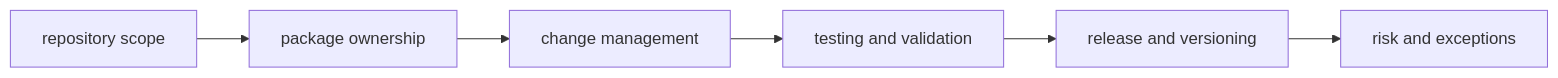
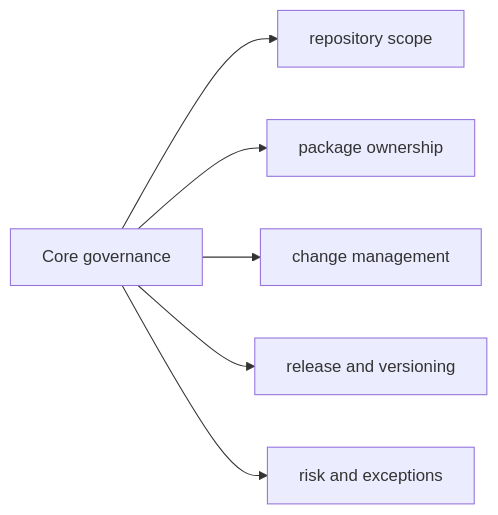
One commit to bijux/bijux-cli changed the diagram in docs/bijux-core/governance/index.md. Above: the diagram before and after it, drawn with Mermaid. The commit also changed other lines of this file, not shown here.

Commit message:
docs(governance): simplify the repository governance entry

````diff
--- a/docs/bijux-core/governance/index.md
+++ b/docs/bijux-core/governance/index.md
@@ -21,8 +21,8 @@
 ```mermaid
 flowchart LR
-    scope[repository scope] --> ownership[package ownership]
-    ownership --> change[change management]
-    change --> tests[testing and validation]
-    tests --> release[release and versioning]
-    release --> risk[risk and exceptions]
+    governance["Core governance"] --> scope["repository scope"]
+    governance --> ownership["package ownership"]
+    governance --> change["change management"]
+    governance --> release["release and versioning"]
+    governance --> risk["risk and exceptions"]
 ```
````
